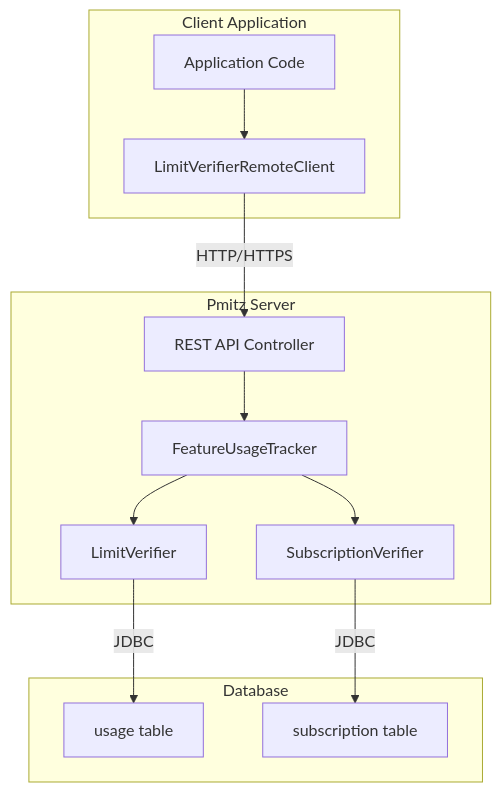
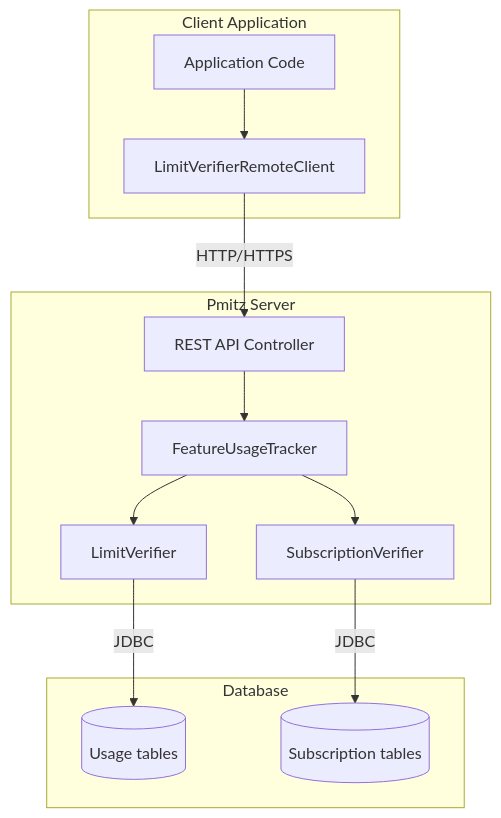
The third of 4 diagrams in docs/local-vs-remote-modes.md (terpomo-io/pmitz), drawn with Mermaid before and after one commit. The commit also changed other lines of this file and 2 other files, not shown here.

````diff
--- a/docs/local-vs-remote-modes.md
+++ b/docs/local-vs-remote-modes.md
@@ -112,27 +71,27 @@
 ```mermaid
 flowchart TB
     subgraph ClientApp["Client Application"]
         App[Application Code]
         RC[LimitVerifierRemoteClient]
     end
 
     subgraph PmitzServer["Pmitz Server"]
         API[REST API Controller]
         FUT[FeatureUsageTracker]
         LV[LimitVerifier]
         SV[SubscriptionVerifier]
     end
 
     subgraph Database["Database"]
-        UT[usage table]
-        ST[subscription table]
+        UD[("Usage tables")]
+        SD[("Subscription tables")]
     end
 
     App --> RC
     RC -->|HTTP/HTTPS| API
     API --> FUT
     FUT --> LV
     FUT --> SV
-    LV -->|JDBC| UT
-    SV -->|JDBC| ST
+    LV -->|JDBC| UD
+    SV -->|JDBC| SD
 ```
````
